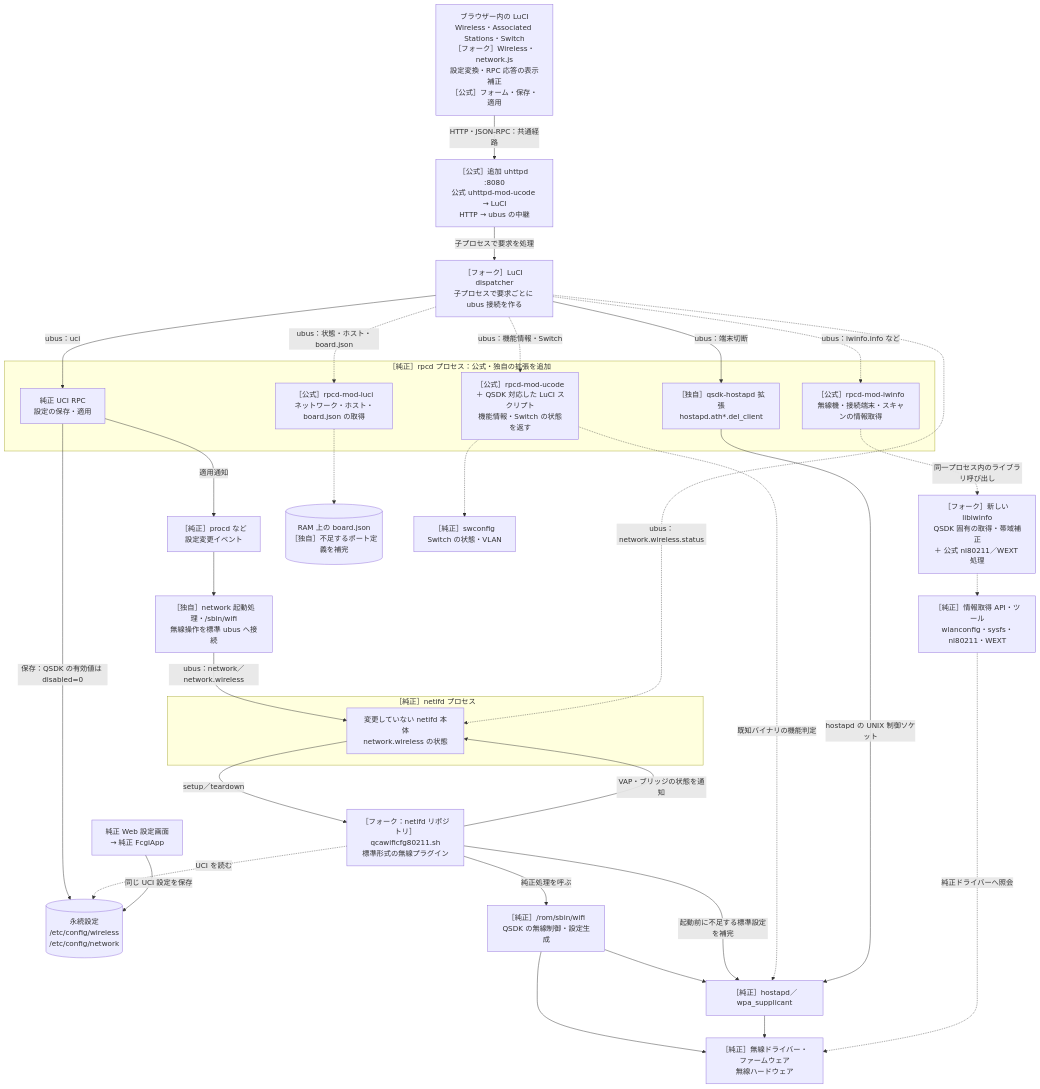
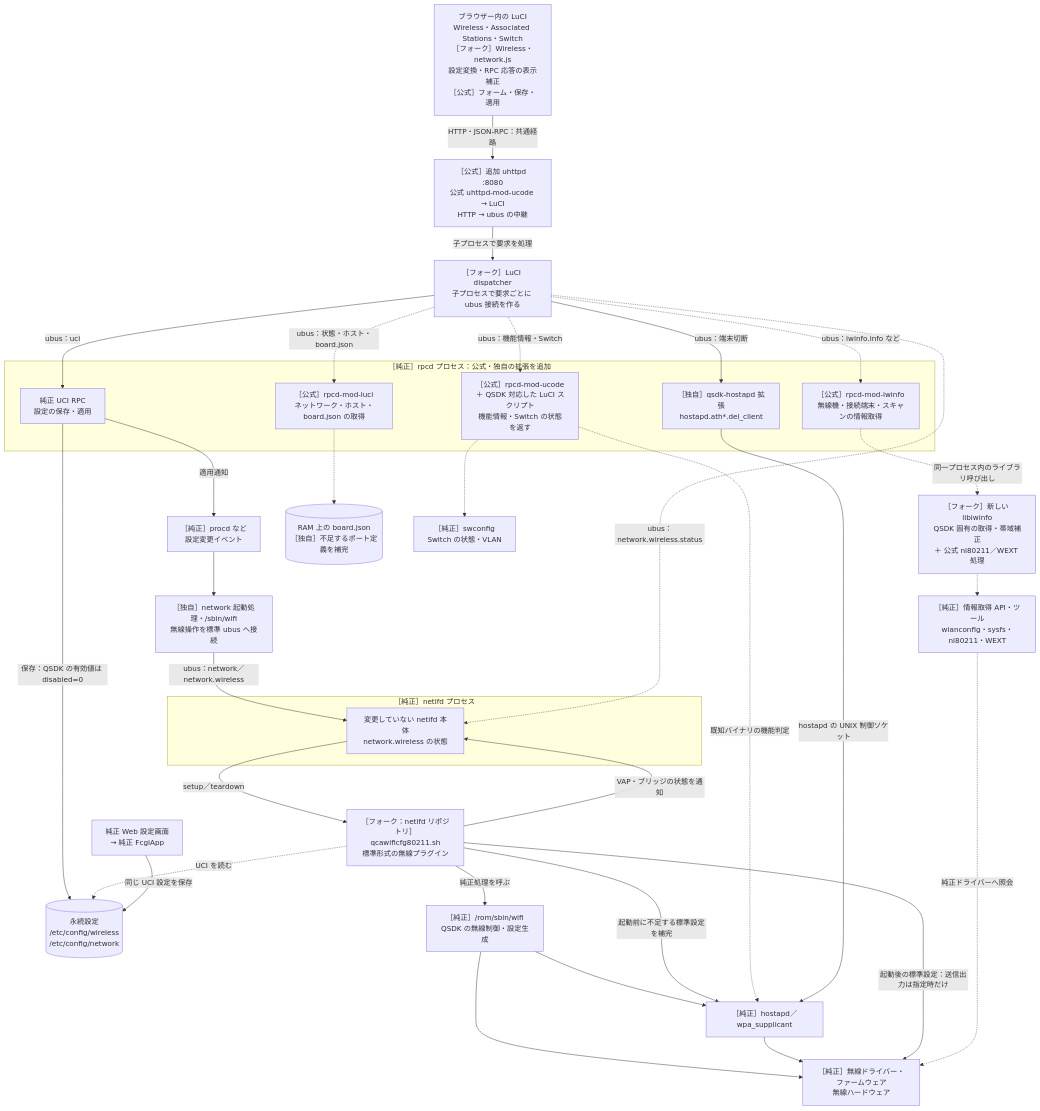
The first of 3 diagrams in README.md (onokatio/luci), drawn with Mermaid before and after one commit. The commit also changed other lines of this file and 2 other files, not shown here.

````diff
--- a/README.md
+++ b/README.md
@@ -22,62 +22,63 @@
 ```mermaid
 flowchart TD
     UI["ブラウザー内の LuCI<br/>Wireless・Associated Stations・Switch<br/>［フォーク］Wireless・network.js<br/>設定変換・RPC 応答の表示補正<br/>［公式］フォーム・保存・適用"]
     HTTP["［公式］追加 uhttpd :8080<br/>公式 uhttpd-mod-ucode → LuCI<br/>HTTP → ubus の中継"]
     DISPATCH["［フォーク］LuCI dispatcher<br/>子プロセスで要求ごとに ubus 接続を作る"]
 
     subgraph RPC["［純正］rpcd プロセス：公式・独自の拡張を追加"]
         UCIAPI["純正 UCI RPC<br/>設定の保存・適用"]
         LRPC["［公式］rpcd-mod-luci<br/>ネットワーク・ホスト・board.json の取得"]
         IRPC["［公式］rpcd-mod-iwinfo<br/>無線機・接続端末・スキャンの情報取得"]
         URPC["［公式］rpcd-mod-ucode<br/>＋ QSDK 対応した LuCI スクリプト<br/>機能情報・Switch の状態を返す"]
         DISCONNECT["［独自］qsdk-hostapd 拡張<br/>hostapd.ath*.del_client"]
     end
 
     CONFIG[("永続設定<br/>/etc/config/wireless<br/>/etc/config/network")]
     EVENT["［純正］procd など<br/>設定変更イベント"]
     WRAP["［独自］network 起動処理・/sbin/wifi<br/>無線操作を標準 ubus へ接続"]
 
     subgraph NET["［純正］netifd プロセス"]
         CORE["変更していない netifd 本体<br/>network.wireless の状態"]
     end
 
     PLUGIN["［フォーク：netifd リポジトリ］<br/>qcawificfg80211.sh<br/>標準形式の無線プラグイン"]
     OEM["［純正］/rom/sbin/wifi<br/>QSDK の無線制御・設定生成"]
     AUTH["［純正］hostapd／wpa_supplicant"]
     DRIVER["［純正］無線ドライバー・ファームウェア<br/>無線ハードウェア"]
     NATIVE["［純正］情報取得 API・ツール<br/>wlanconfig・sysfs・nl80211・WEXT"]
     IW["［フォーク］新しい libiwinfo<br/>QSDK 固有の取得・帯域補正<br/>＋ 公式 nl80211／WEXT 処理"]
     BOARD[("RAM 上の board.json<br/>［独自］不足するポート定義を補完")]
     SW["［純正］swconfig<br/>Switch の状態・VLAN"]
     WEB["純正 Web 設定画面<br/>→ 純正 FcgiApp"]
 
     UI -->|"HTTP・JSON-RPC：共通経路"| HTTP
     HTTP -->|"子プロセスで要求を処理"| DISPATCH
     DISPATCH -->|"ubus：uci"| UCIAPI
     UCIAPI -->|"保存：QSDK の有効値は disabled=0"| CONFIG
     UCIAPI -->|"適用通知"| EVENT
     EVENT --> WRAP
     WRAP -->|"ubus：network／network.wireless"| CORE
     CORE -->|"setup／teardown"| PLUGIN
     PLUGIN -.->|"UCI を読む"| CONFIG
     PLUGIN -->|"純正処理を呼ぶ"| OEM
     OEM --> AUTH
     OEM --> DRIVER
     AUTH --> DRIVER
     PLUGIN -->|"起動前に不足する標準設定を補完"| AUTH
+    PLUGIN -->|"起動後の標準設定：送信出力は指定時だけ"| DRIVER
     PLUGIN -->|"VAP・ブリッジの状態を通知"| CORE
     WEB -->|"同じ UCI 設定を保存"| CONFIG
 
     DISPATCH -.->|"ubus：状態・ホスト・board.json"| LRPC
     DISPATCH -.->|"ubus：iwinfo.info など"| IRPC
     DISPATCH -.->|"ubus：機能情報・Switch"| URPC
     DISPATCH -->|"ubus：端末切断"| DISCONNECT
     DISPATCH -.->|"ubus：network.wireless.status"| CORE
     IRPC -.->|"同一プロセス内のライブラリ呼び出し"| IW
     IW -.-> NATIVE
     NATIVE -.->|"純正ドライバーへ照会"| DRIVER
     LRPC -.-> BOARD
     URPC -.-> SW
     URPC -.->|"既知バイナリの機能判定"| AUTH
     DISCONNECT -->|"hostapd の UNIX 制御ソケット"| AUTH
 ```
````
